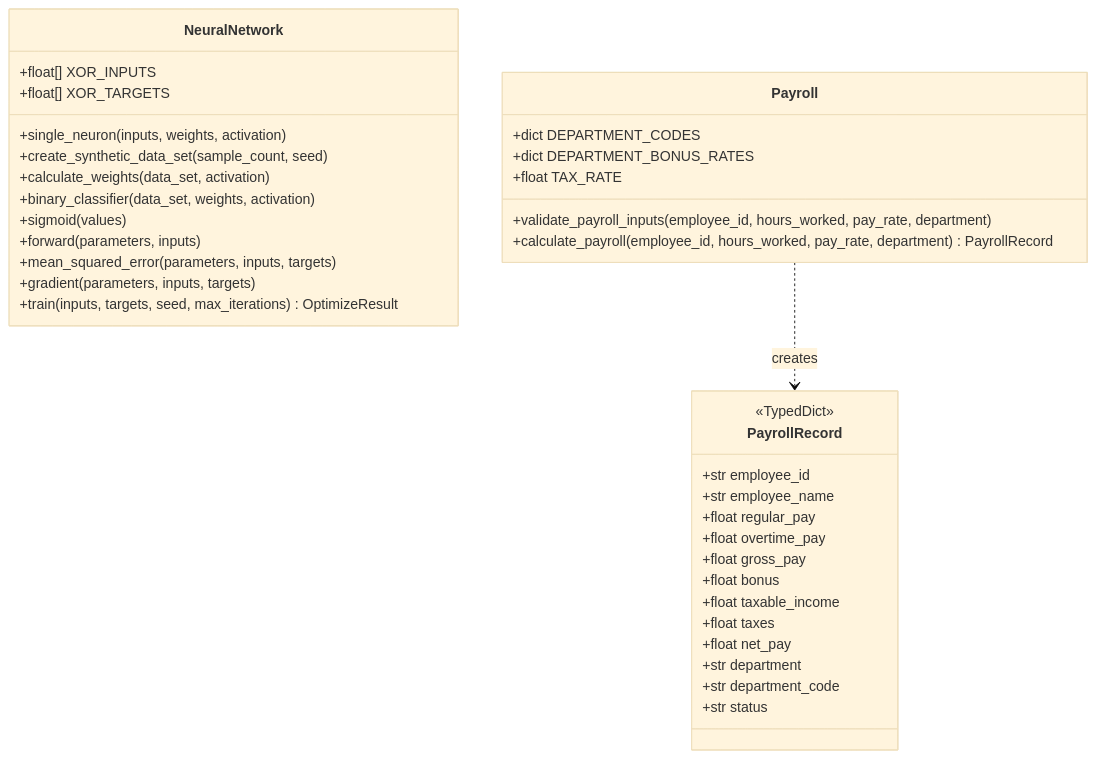
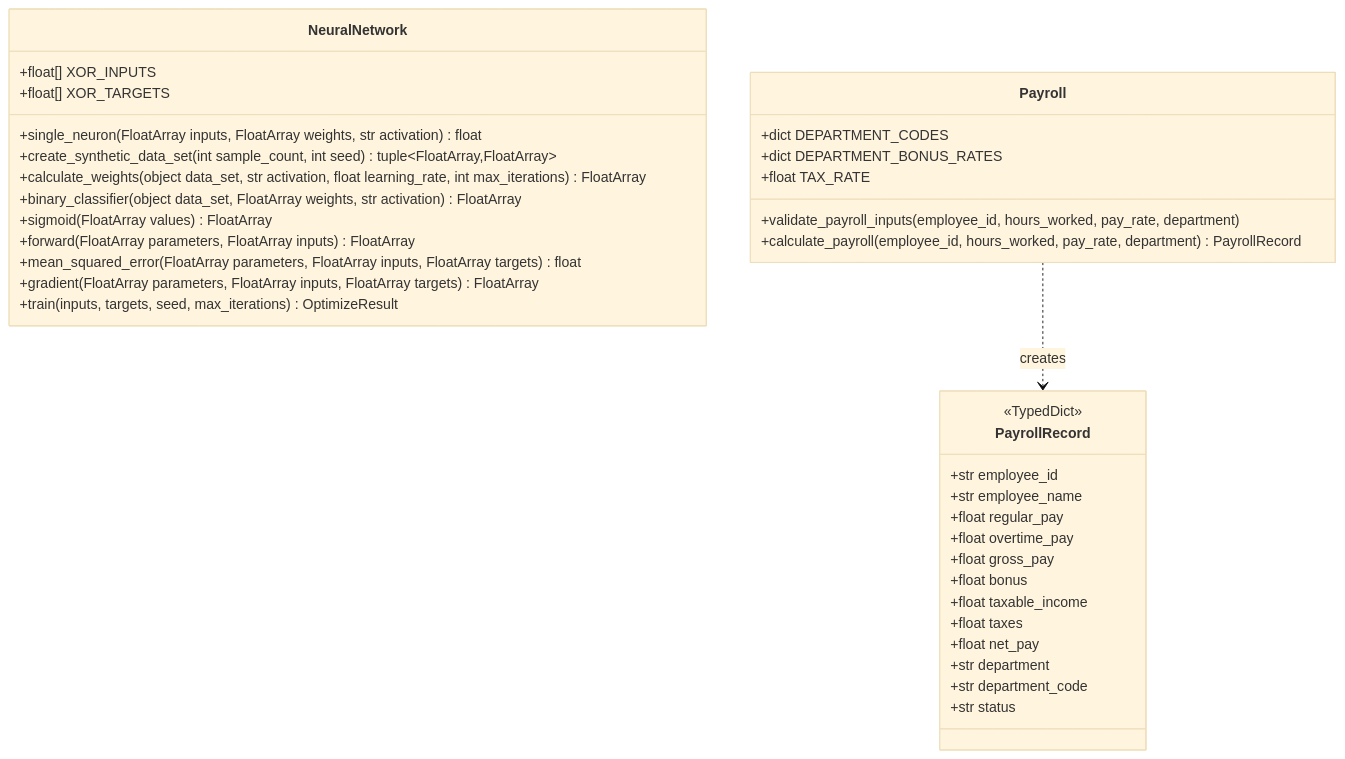
Before and after one commit to KyleGortych-SNHU/cs-530-ai-principals-and-applications: the second of 2 diagrams in README.md, drawn with Mermaid (base theme). The commit also changed other lines of this file and 5 other files, not shown here.

````diff
--- a/README.md
+++ b/README.md
@@ -141,39 +141,39 @@
 ```mermaid
 classDiagram
     class NeuralNetwork {
         +float[] XOR_INPUTS
         +float[] XOR_TARGETS
-        +single_neuron(inputs, weights, activation)
-        +create_synthetic_data_set(sample_count, seed)
-        +calculate_weights(data_set, activation)
-        +binary_classifier(data_set, weights, activation)
-        +sigmoid(values)
-        +forward(parameters, inputs)
-        +mean_squared_error(parameters, inputs, targets)
-        +gradient(parameters, inputs, targets)
+        +single_neuron(FloatArray inputs, FloatArray weights, str activation) float
+        +create_synthetic_data_set(int sample_count, int seed) tuple~FloatArray,FloatArray~
+        +calculate_weights(object data_set, str activation, float learning_rate, int max_iterations) FloatArray
+        +binary_classifier(object data_set, FloatArray weights, str activation) FloatArray
+        +sigmoid(FloatArray values) FloatArray
+        +forward(FloatArray parameters, FloatArray inputs) FloatArray
+        +mean_squared_error(FloatArray parameters, FloatArray inputs, FloatArray targets) float
+        +gradient(FloatArray parameters, FloatArray inputs, FloatArray targets) FloatArray
         +train(inputs, targets, seed, max_iterations) OptimizeResult
     }
     class PayrollRecord {
         <<TypedDict>>
         +str employee_id
         +str employee_name
         +float regular_pay
         +float overtime_pay
         +float gross_pay
         +float bonus
         +float taxable_income
         +float taxes
         +float net_pay
         +str department
         +str department_code
         +str status
     }
     class Payroll {
         +dict DEPARTMENT_CODES
         +dict DEPARTMENT_BONUS_RATES
         +float TAX_RATE
         +validate_payroll_inputs(employee_id, hours_worked, pay_rate, department)
         +calculate_payroll(employee_id, hours_worked, pay_rate, department) PayrollRecord
     }
     Payroll ..> PayrollRecord : creates
 ```
````
